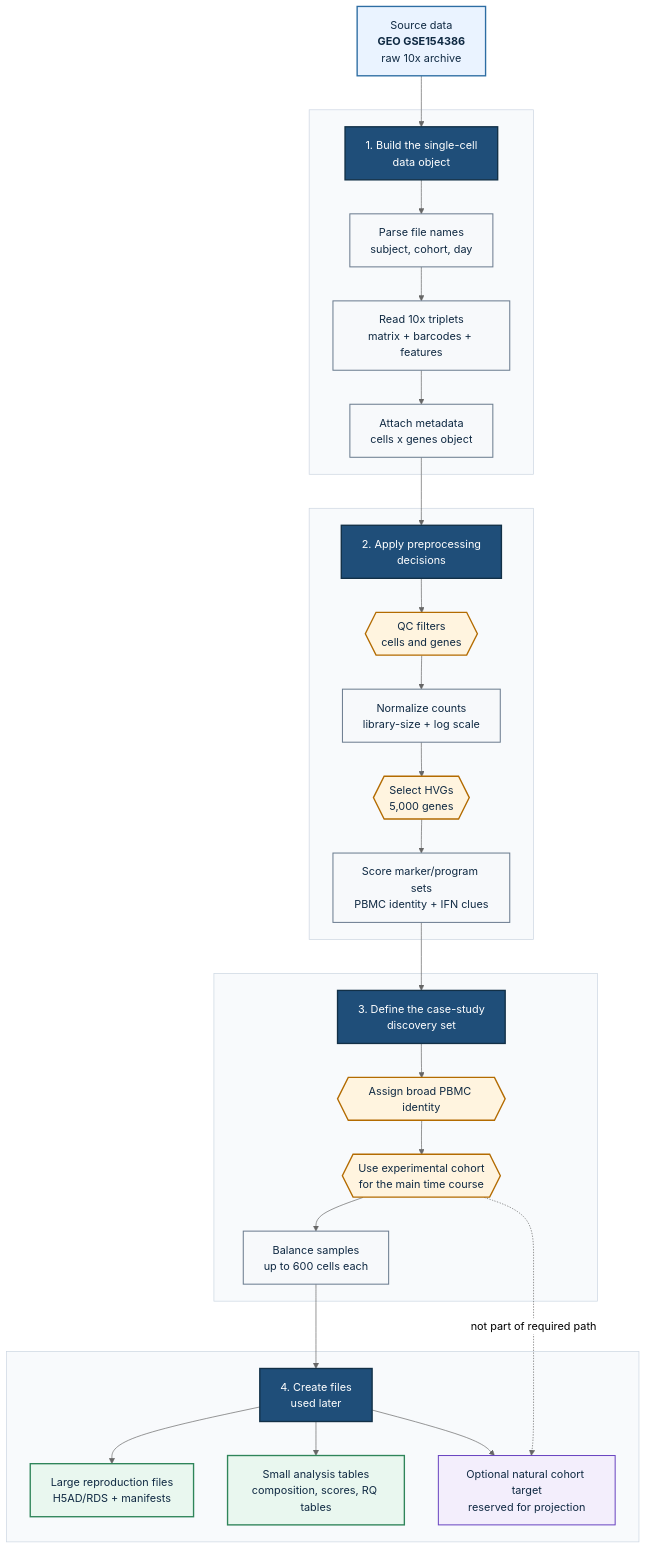
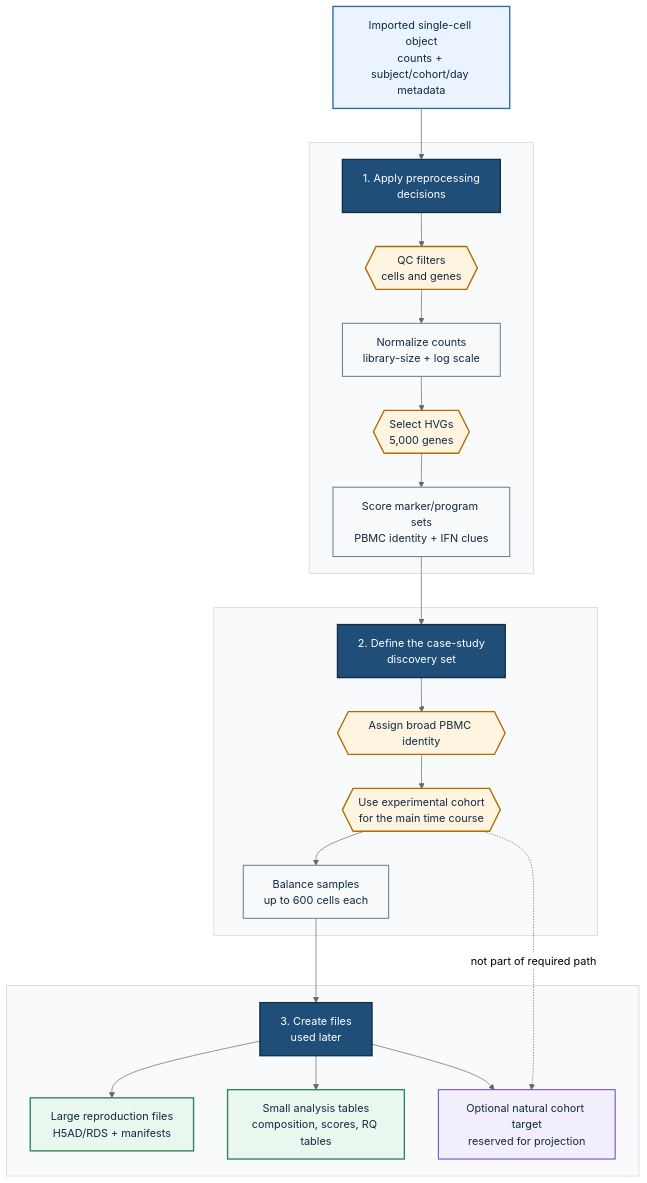
Before and after one commit to opencasestudies/ocs-bio-temporal: the diagram in _data_wrangling.qmd, drawn with Mermaid (neutral theme). The commit also changed other lines of this file and 4 other files, not shown here.

````diff
--- a/_data_wrangling.qmd
+++ b/_data_wrangling.qmd
@@ -19,51 +21,43 @@
 ```{mermaid}
 flowchart TB
   classDef source fill:#eaf3ff,stroke:#2d6da3,stroke-width:2px,color:#102a43
   classDef process fill:#f7f9fb,stroke:#6b7c8f,stroke-width:1.5px,color:#102a43
   classDef decision fill:#fff4df,stroke:#b36b00,stroke-width:2px,color:#102a43
   classDef output fill:#e9f7ef,stroke:#2f855a,stroke-width:2px,color:#102a43
   classDef note fill:#f3eefc,stroke:#6b46c1,stroke-width:1.5px,color:#102a43
   classDef stage fill:#1f4e79,stroke:#123047,stroke-width:2px,color:#ffffff
 
-  A["Source data<br/><b>GEO GSE154386</b><br/>raw 10x archive"]:::source
+  A["Imported single-cell object<br/>counts + subject/cohort/day metadata"]:::source
 
   subgraph S1[" "]
-    P1["1. Build the single-cell<br/>data object"]:::stage
-    B["Parse file names<br/>subject, cohort, day"]:::process
-    C["Read 10x triplets<br/>matrix + barcodes + features"]:::process
-    D["Attach metadata<br/>cells x genes object"]:::process
-  end
-
-  subgraph S2[" "]
-    P2["2. Apply preprocessing<br/>decisions"]:::stage
+    P1["1. Apply preprocessing<br/>decisions"]:::stage
     E{{"QC filters<br/>cells and genes"}}:::decision
     F["Normalize counts<br/>library-size + log scale"]:::process
     G{{"Select HVGs<br/>5,000 genes"}}:::decision
     H["Score marker/program sets<br/>PBMC identity + IFN clues"]:::process
   end
 
-  subgraph S3[" "]
-    P3["3. Define the case-study<br/>discovery set"]:::stage
+  subgraph S2[" "]
+    P2["2. Define the case-study<br/>discovery set"]:::stage
     I{{"Assign broad PBMC identity"}}:::decision
     J{{"Use experimental cohort<br/>for the main time course"}}:::decision
     K["Balance samples<br/>up to 600 cells each"]:::process
   end
 
-  subgraph S4[" "]
-    P4["4. Create files<br/>used later"]:::stage
+  subgraph S3[" "]
+    P3["3. Create files<br/>used later"]:::stage
     L["Large reproduction files<br/>H5AD/RDS + manifests"]:::output
     M["Small analysis tables<br/>composition, scores, RQ tables"]:::output
     N["Optional natural cohort target<br/>reserved for projection"]:::note
   end
 
-  A --> P1 --> B --> C --> D --> P2 --> E --> F --> G --> H --> P3 --> I --> J --> K --> P4
-  P4 --> M
-  P4 --> L
-  P4 --> N
+  A --> P1 --> E --> F --> G --> H --> P2 --> I --> J --> K --> P3
+  P3 --> M
+  P3 --> L
+  P3 --> N
   J -. "not part of required path" .-> N
 
   style S1 fill:#f8fafc,stroke:#cbd5e1,stroke-width:1px,color:#102a43
   style S2 fill:#f8fafc,stroke:#cbd5e1,stroke-width:1px,color:#102a43
   style S3 fill:#f8fafc,stroke:#cbd5e1,stroke-width:1px,color:#102a43
-  style S4 fill:#f8fafc,stroke:#cbd5e1,stroke-width:1px,color:#102a43
 ```
````
